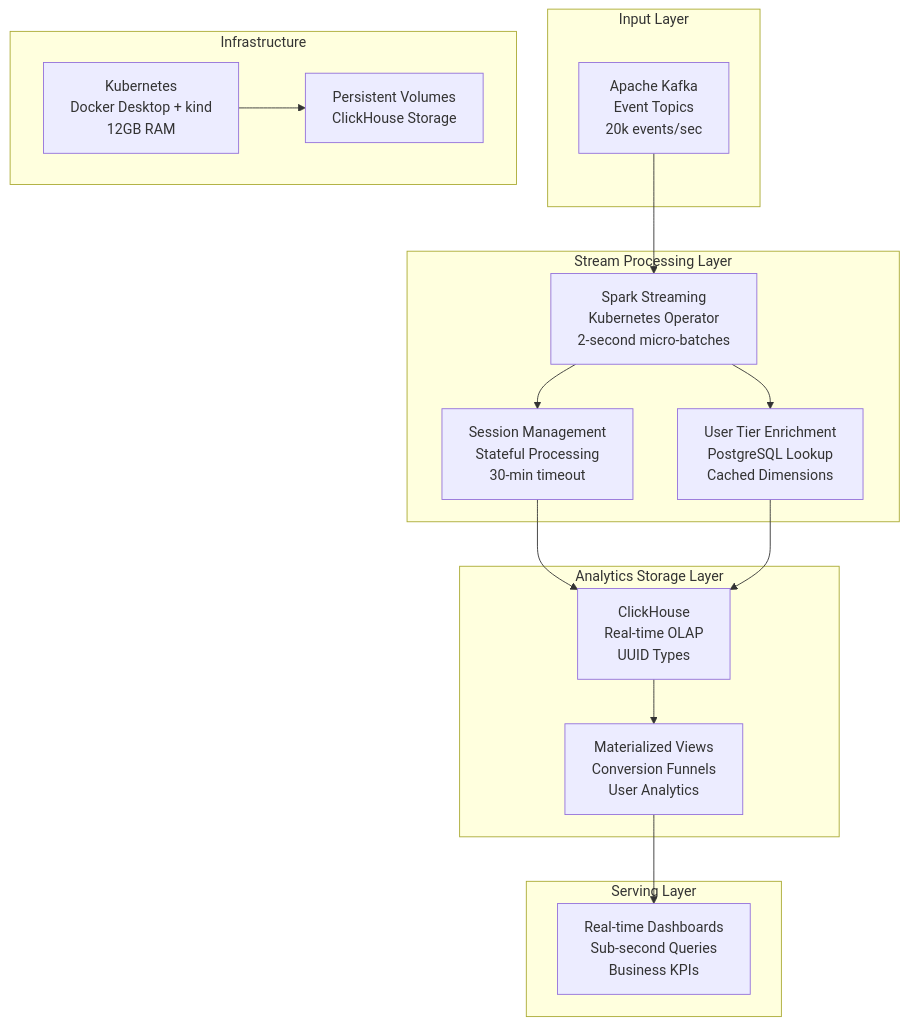
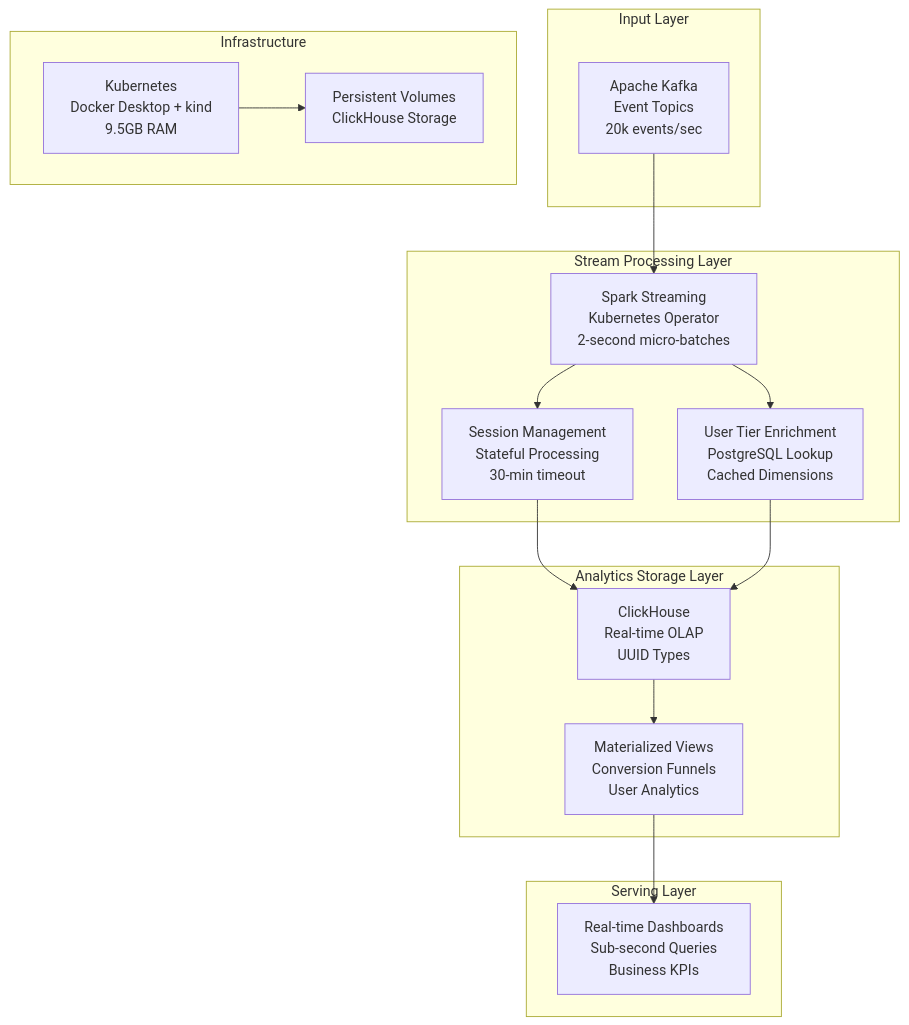
Before and after one commit to mohidmakhdoomi/DataPipe: the diagram in .kiro/specs/realtime-analytics-speed-layer/design.md, drawn with Mermaid. The commit also changed other lines of this file and 21 other files, not shown here.

````diff
--- a/.kiro/specs/realtime-analytics-speed-layer/design.md
+++ b/.kiro/specs/realtime-analytics-speed-layer/design.md
@@ -16,36 +16,36 @@
 ```mermaid
 graph TB
     subgraph "Input Layer"
         KAFKA[Apache Kafka<br/>Event Topics<br/>20k events/sec]
     end
     
     subgraph "Stream Processing Layer"
         SPARK[Spark Streaming<br/>Kubernetes Operator<br/>2-second micro-batches]
         SESSION[Session Management<br/>Stateful Processing<br/>30-min timeout]
         ENRICH[User Tier Enrichment<br/>PostgreSQL Lookup<br/>Cached Dimensions]
     end
     
     subgraph "Analytics Storage Layer"
         CH[ClickHouse<br/>Real-time OLAP<br/>UUID Types]
         MV[Materialized Views<br/>Conversion Funnels<br/>User Analytics]
     end
     
     subgraph "Serving Layer"
         DASH[Real-time Dashboards<br/>Sub-second Queries<br/>Business KPIs]
     end
     
     subgraph "Infrastructure"
-        K8S[Kubernetes<br/>Docker Desktop + kind<br/>12GB RAM]
+        K8S[Kubernetes<br/>Docker Desktop + kind<br/>9.5GB RAM]
         PV[Persistent Volumes<br/>ClickHouse Storage]
     end
     
     KAFKA --> SPARK
     SPARK --> SESSION
     SPARK --> ENRICH
     SESSION --> CH
     ENRICH --> CH
     CH --> MV
     MV --> DASH
     
     K8S --> PV
 ```
````
